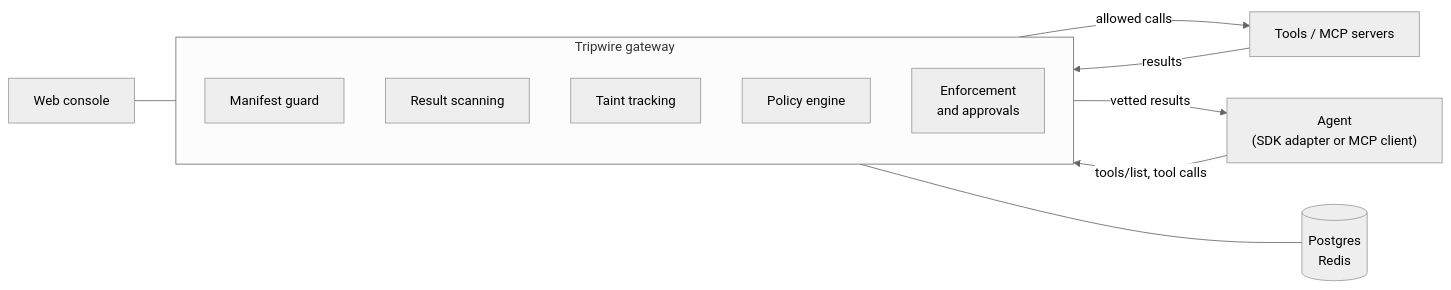
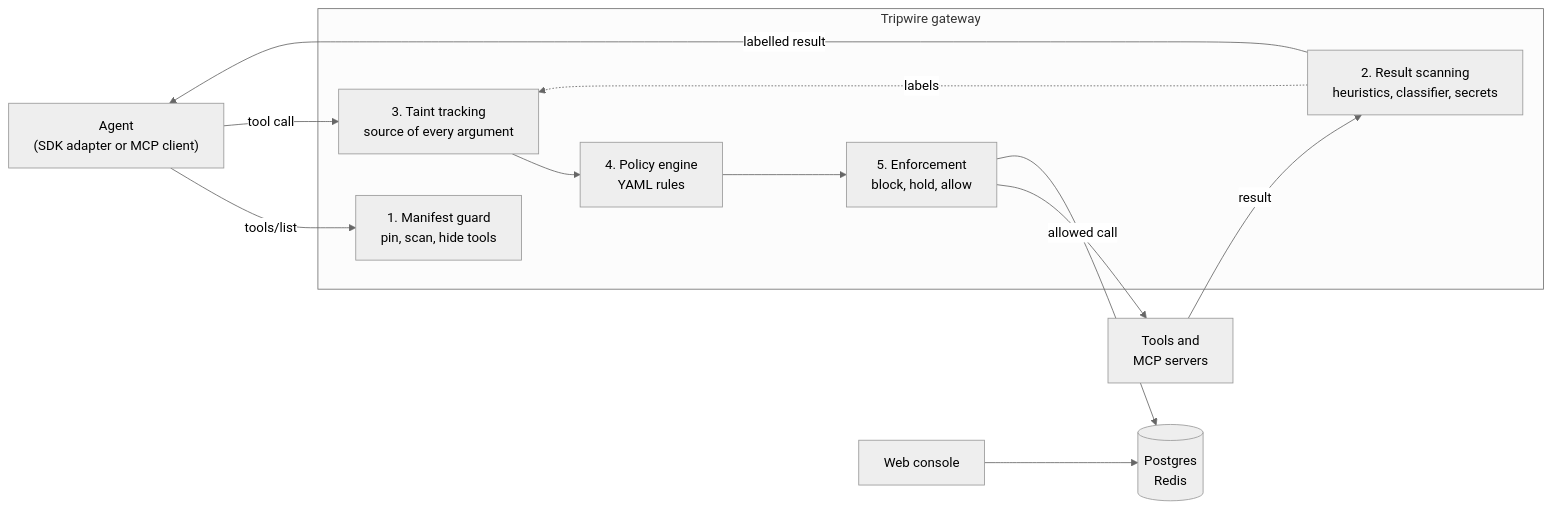
The diagram in README.md (yugpatill/tripwire-agent-gateway), drawn with Mermaid (neutral theme) before and after one commit.

Commit message:
docs: README diagram follows the call path

````diff
--- a/README.md
+++ b/README.md
@@ -28,21 +28,24 @@
 ```mermaid
 flowchart LR
     agent["Agent<br/>(SDK adapter or MCP client)"]
+    tools["Tools and<br/>MCP servers"]
     subgraph gw["Tripwire gateway"]
-        guard["Manifest guard"]
-        scan["Result scanning"]
-        taint["Taint tracking"]
-        policy["Policy engine"]
-        enforce["Enforcement<br/>and approvals"]
+        guard["1. Manifest guard<br/>pin, scan, hide tools"]
+        scan["2. Result scanning<br/>heuristics, classifier, secrets"]
+        taint["3. Taint tracking<br/>source of every argument"]
+        policy["4. Policy engine<br/>YAML rules"]
+        enforce["5. Enforcement<br/>block, hold, allow"]
     end
-    tools["Tools / MCP servers"]
     store[("Postgres<br/>Redis")]
     console["Web console"]
 
-    agent -- "tools/list, tool calls" --> gw
-    gw -- "allowed calls" --> tools
-    tools -- "results" --> gw
-    gw -- "vetted results" --> agent
-    gw --- store
-    console --- gw
+    agent -- "tools/list" --> guard
+    agent -- "tool call" --> taint
+    taint --> policy --> enforce
+    enforce -- "allowed call" --> tools
+    tools -- "result" --> scan
+    scan -- "labelled result" --> agent
+    scan -. "labels" .-> taint
+    enforce --> store
+    console --> store
 ```
````
